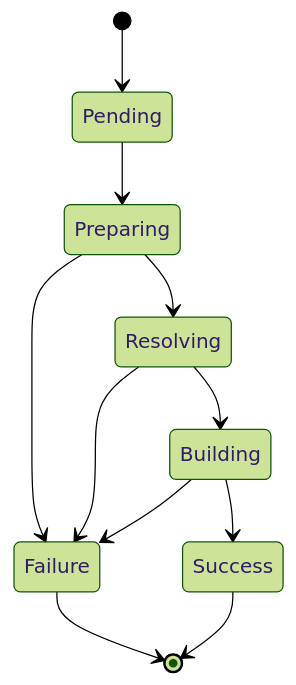
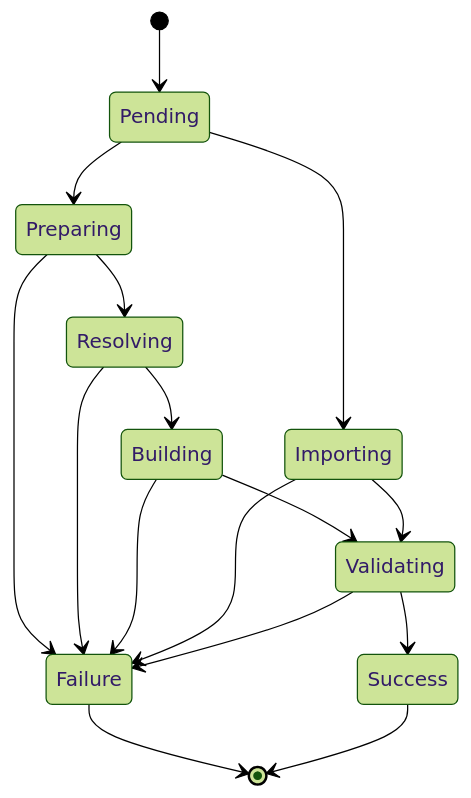
One commit to thoth-station/opendatahub-cnbi changed the fifth of 6 diagrams in README.md. Above: the diagram before and after it, drawn with Mermaid (forest theme). The commit also changed other lines of this file, not shown here.

````diff
--- a/README.md
+++ b/README.md
@@ -93,14 +95,19 @@
 ```mermaid
 stateDiagram-v2
     [*] --> Pending
     Failure --> [*]
 
     Pending --> Preparing
+    Pending --> Importing
     Preparing --> Resolving
     Preparing --> Failure
     Resolving --> Building
     Resolving --> Failure
-    Building --> Success
+    Building --> Validating
     Building --> Failure
+    Importing --> Validating
+    Importing --> Failure
+    Validating --> Success
+    Validating --> Failure
     Success --> [*]
 ```
````
